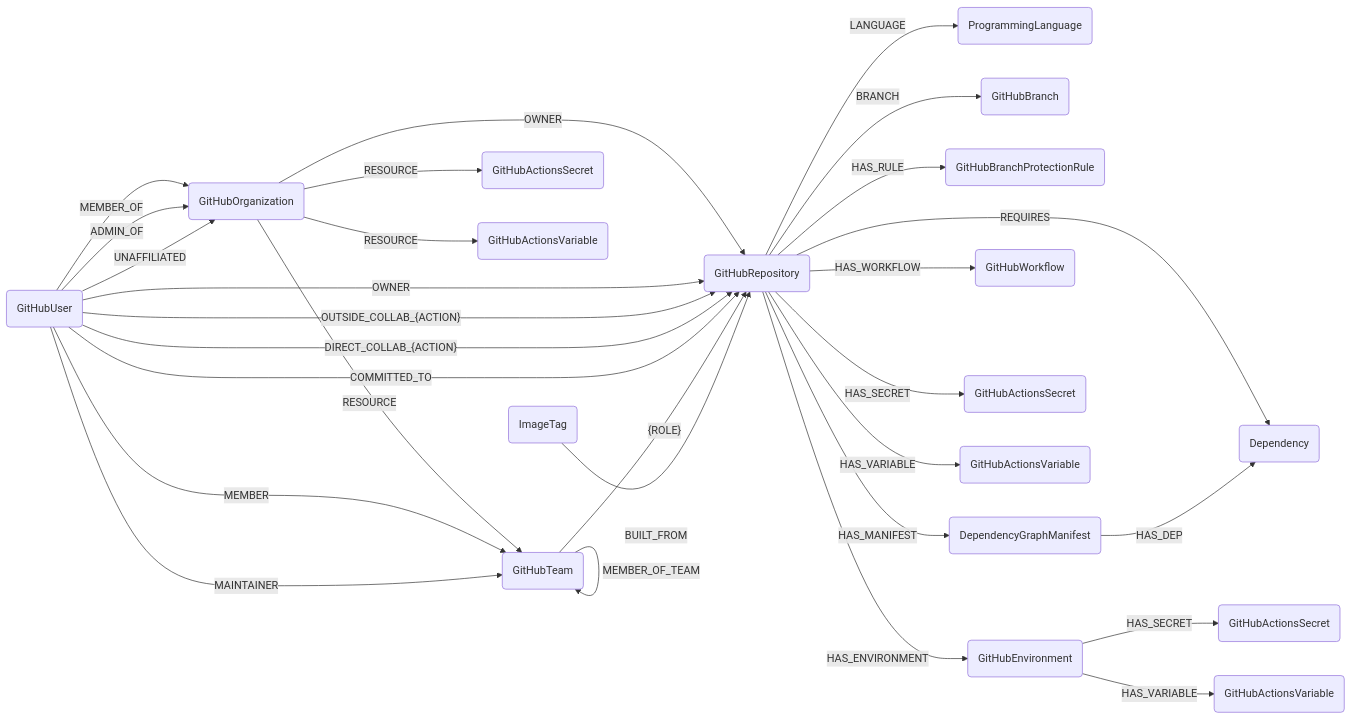
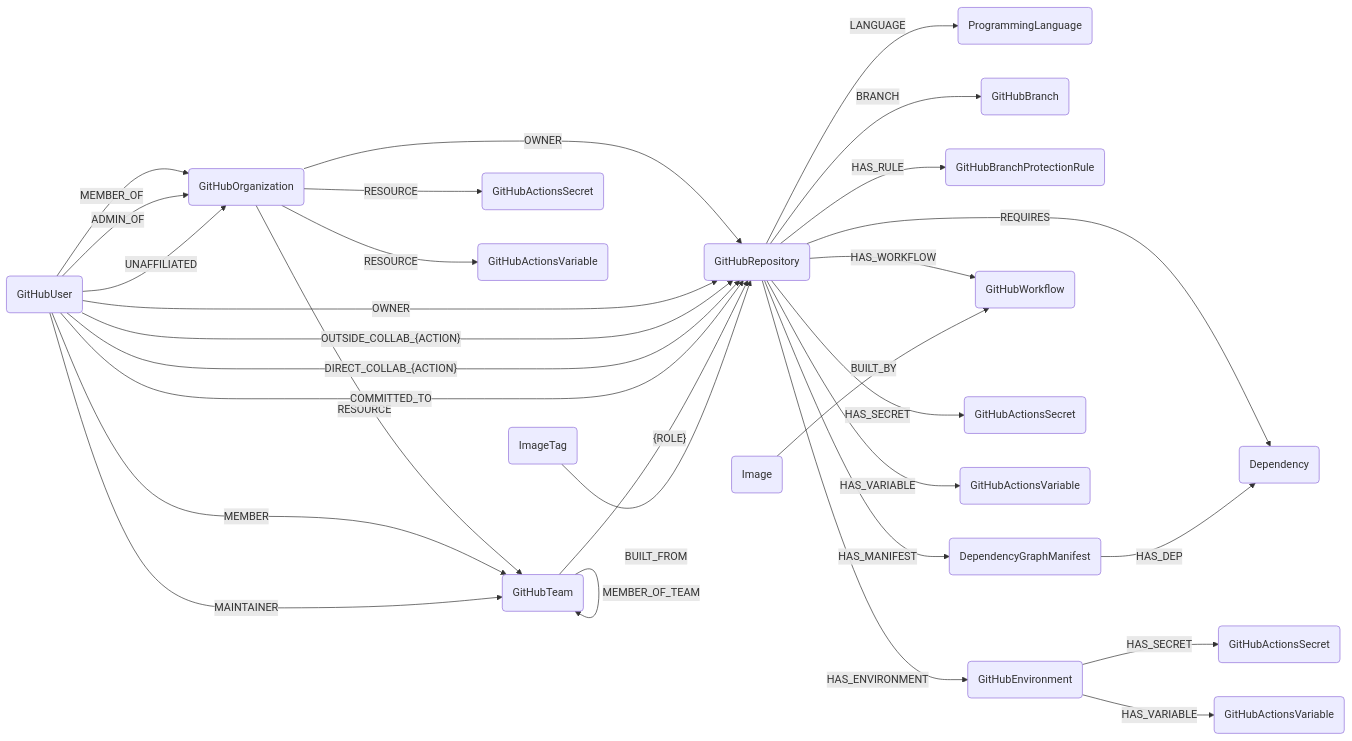
One commit to cartography-cncf/cartography changed the diagram in docs/root/modules/github/schema.md. Above: the diagram before and after it, drawn with Mermaid. The commit also changed other lines of this file and 1 other file, not shown here.

First line of the commit message:
docs: add BUILT_BY relationship to GitHub and AWS schema documentation

````diff
--- a/docs/root/modules/github/schema.md
+++ b/docs/root/modules/github/schema.md
@@ -3,32 +3,33 @@
 ```mermaid
 graph LR
 
 O(GitHubOrganization) -- OWNER --> R(GitHubRepository)
 O -- RESOURCE --> T(GitHubTeam)
 O -- RESOURCE --> OS(GitHubActionsSecret)
 O -- RESOURCE --> OV(GitHubActionsVariable)
 U(GitHubUser) -- MEMBER_OF --> O
 U -- ADMIN_OF --> O
 U -- UNAFFILIATED --> O
 U -- OWNER --> R
 U -- OUTSIDE_COLLAB_{ACTION} --> R
 U -- DIRECT_COLLAB_{ACTION} --> R
 U -- COMMITTED_TO --> R
 R -- LANGUAGE --> L(ProgrammingLanguage)
 R -- BRANCH --> B(GitHubBranch)
 R -- HAS_RULE --> BPR(GitHubBranchProtectionRule)
 R -- REQUIRES --> D(Dependency)
 R -- HAS_MANIFEST --> M(DependencyGraphManifest)
 R -- HAS_WORKFLOW --> W(GitHubWorkflow)
 R -- HAS_SECRET --> RS(GitHubActionsSecret)
 R -- HAS_VARIABLE --> RV(GitHubActionsVariable)
 R -- HAS_ENVIRONMENT --> E(GitHubEnvironment)
 E -- HAS_SECRET --> ES(GitHubActionsSecret)
 E -- HAS_VARIABLE --> EV(GitHubActionsVariable)
 M -- HAS_DEP --> D
 T -- {ROLE} --> R
 T -- MEMBER_OF_TEAM --> T
 U -- MEMBER --> T
 U -- MAINTAINER --> T
 IT(ImageTag) -- BUILT_FROM --> R
+I(Image) -- BUILT_BY --> W
 ```
````
